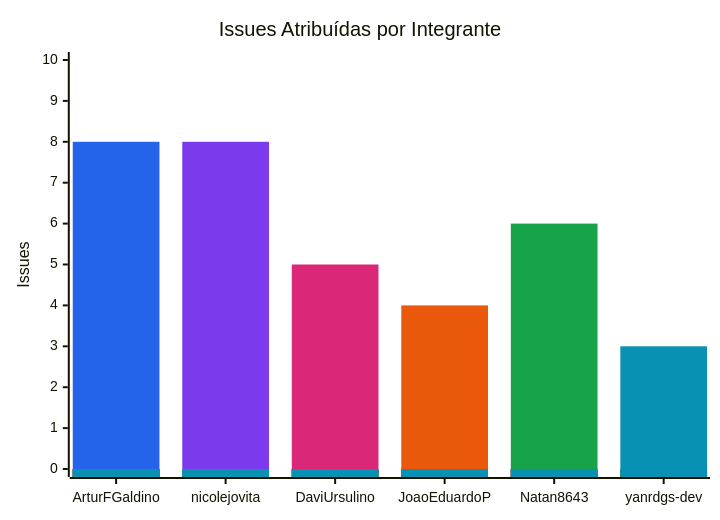
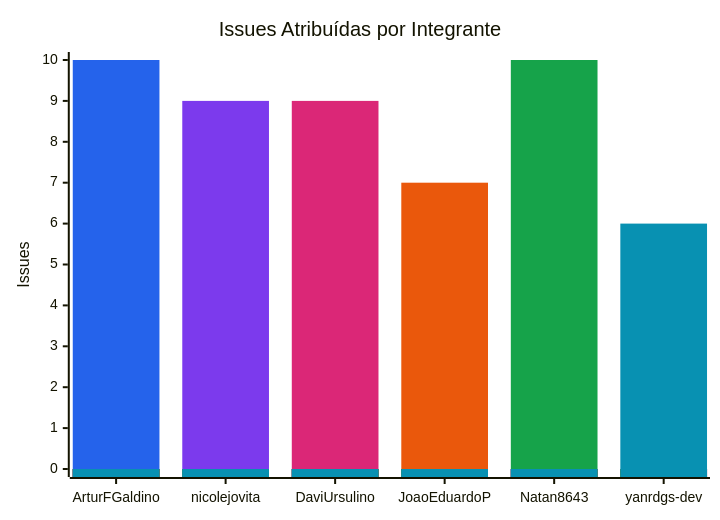
Before and after one commit to FCTE-Qualidade-de-Software-1/2026-2_T02_KAY_MCNULTY: the diagram in snippets/assigned-issues.mmd, drawn with Mermaid. The commit also changed 14 other files, not shown here.

```diff
--- a/snippets/assigned-issues.mmd
+++ b/snippets/assigned-issues.mmd
@@ -1,11 +1,11 @@
 %%{init: {"themeVariables": {"xyChart": {"plotColorPalette": "#2563eb, #7c3aed, #db2777, #ea580c, #16a34a, #0891b2"}}}}%%
 xychart-beta
     title "Issues Atribuídas por Integrante"
     x-axis ["ArturFGaldino", "nicolejovita", "DaviUrsulino", "JoaoEduardoP", "Natan8643", "yanrdgs-dev"]
     y-axis "Issues" 0 --> 10
-    bar [8, 0, 0, 0, 0, 0]
-    bar [0, 8, 0, 0, 0, 0]
-    bar [0, 0, 5, 0, 0, 0]
-    bar [0, 0, 0, 4, 0, 0]
-    bar [0, 0, 0, 0, 6, 0]
-    bar [0, 0, 0, 0, 0, 3]
+    bar [10, 0, 0, 0, 0, 0]
+    bar [0, 9, 0, 0, 0, 0]
+    bar [0, 0, 9, 0, 0, 0]
+    bar [0, 0, 0, 7, 0, 0]
+    bar [0, 0, 0, 0, 10, 0]
+    bar [0, 0, 0, 0, 0, 6]
```
